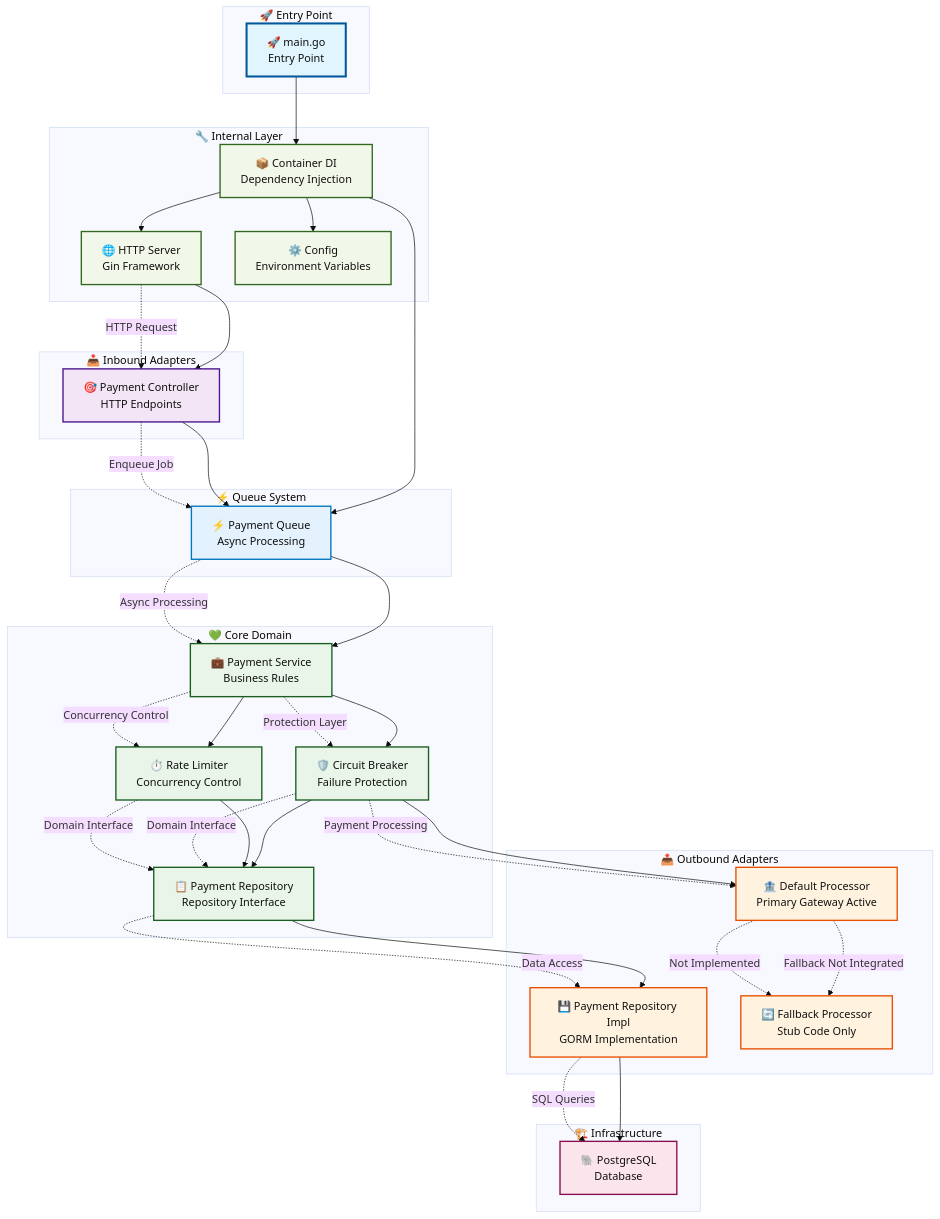
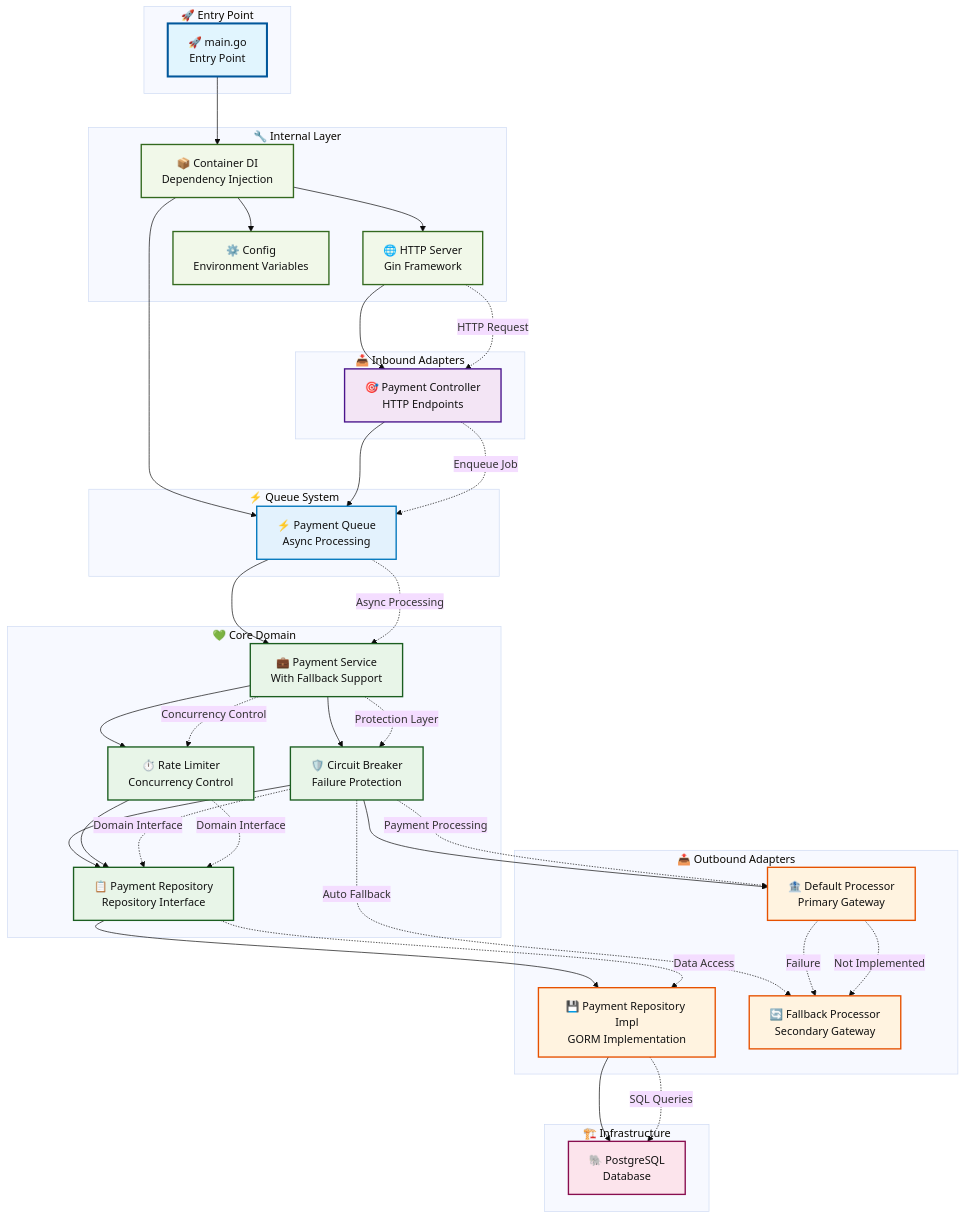
Before and after one commit to fabianoflorentino/mr-robot: the diagram in README.md, drawn with Mermaid (base theme). The commit also changed other lines of this file, not shown here.

Commit message:
feat: enhance README to document fallback processor integration and configuration

```diff
--- a/README.md
+++ b/README.md
@@ -81,7 +81,7 @@
     D --> Q
 
     %% Async processing via Queue
-    Q --> E[💼 Payment Service<br/>Business Rules]
+    Q --> E[💼 Payment Service<br/>With Fallback Support]
 
     %% Protection components in Service
     E --> CB[🛡️ Circuit Breaker<br/>Failure Protection]
@@ -95,9 +95,10 @@
     F --> G[💾 Payment Repository Impl<br/>GORM Implementation]
     G --> H[🐘 PostgreSQL<br/>Database]
 
-    %% Payment Gateways
-    CB --> I[🏦 Default Processor<br/>Primary Gateway Active]
-    I -.->|"Fallback Not Integrated"| J[🔄 Fallback Processor<br/>Stub Code Only]
+    %% Payment Gateways with Fallback
+    CB --> I[🏦 Default Processor<br/>Primary Gateway]
+    CB -.->|"Auto Fallback"| J[🔄 Fallback Processor<br/>Secondary Gateway]
+    I -.->|"Failure"| J
 
     %% Layer groupings
     subgraph "🚀 Entry Point"
```
